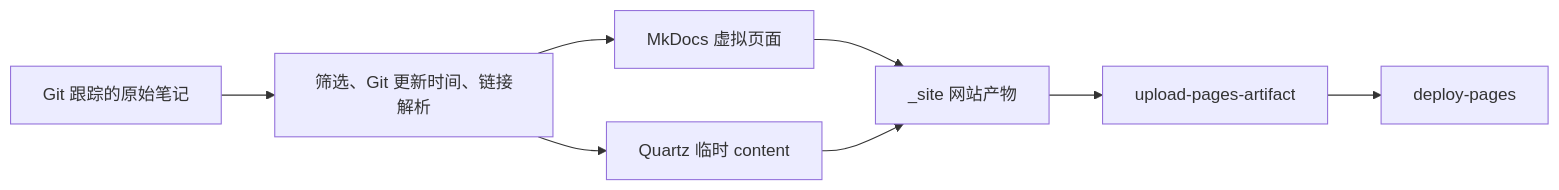
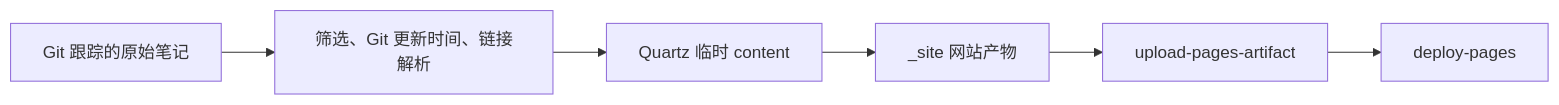
One commit to hangx969/learning-notes changed the diagram in AI/Obsidian/github-pages-mkdocs-material-quartz.md. Above: the diagram before and after it, drawn with Mermaid. The commit also changed other lines of this file and 8 other files, not shown here.

````diff
--- a/AI/Obsidian/github-pages-mkdocs-material-quartz.md
+++ b/AI/Obsidian/github-pages-mkdocs-material-quartz.md
@@ -39,10 +38,8 @@
 ```mermaid
 flowchart LR
   A[Git 跟踪的原始笔记] --> B[筛选、Git 更新时间、链接解析]
-  B --> C[MkDocs 虚拟页面]
-  B --> D[Quartz 临时 content]
-  C --> E[_site 网站产物]
-  D --> E
-  E --> F[upload-pages-artifact]
-  F --> G[deploy-pages]
+  B --> C[Quartz 临时 content]
+  C --> D[_site 网站产物]
+  D --> E[upload-pages-artifact]
+  E --> F[deploy-pages]
 ```
````
